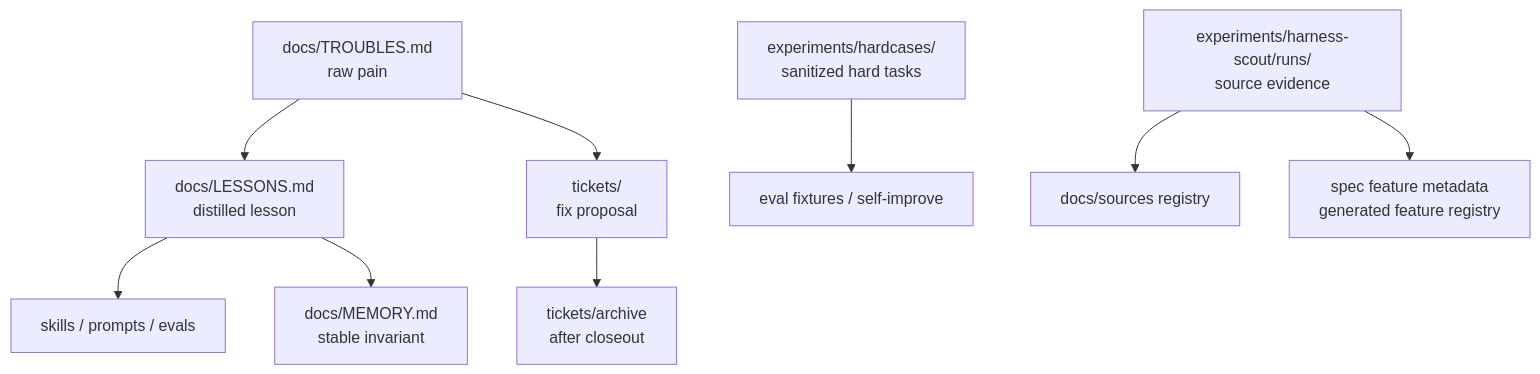
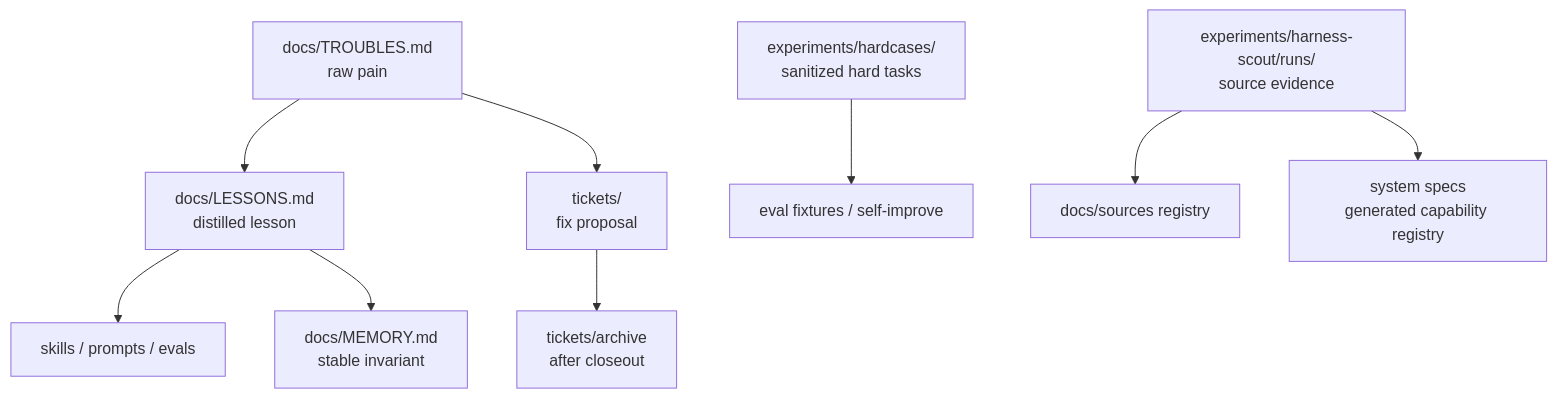
One commit to ZanarkandTechnologies/Farplane changed the diagram in docs/specs/filesystem-lifecycle.md. Above: the diagram before and after it, drawn with Mermaid. The commit also changed other lines of this file and 79 other files, not shown here.

````diff
--- a/docs/specs/filesystem-lifecycle.md
+++ b/docs/specs/filesystem-lifecycle.md
@@ -150,11 +151,11 @@
 ```mermaid
 flowchart TD
     T["docs/TROUBLES.md<br/>raw pain"] --> L["docs/LESSONS.md<br/>distilled lesson"]
     T --> TK["tickets/<br/>fix proposal"]
     L --> S["skills / prompts / evals"]
     L --> M["docs/MEMORY.md<br/>stable invariant"]
     HC["experiments/hardcases/<br/>sanitized hard tasks"] --> E["eval fixtures / self-improve"]
     HS["experiments/harness-scout/runs/<br/>source evidence"] --> SR["docs/sources registry"]
-    HS --> FR["spec feature metadata<br/>generated feature registry"]
+    HS --> FR["system specs<br/>generated capability registry"]
     TK --> A["tickets/archive<br/>after closeout"]
 ```
````
